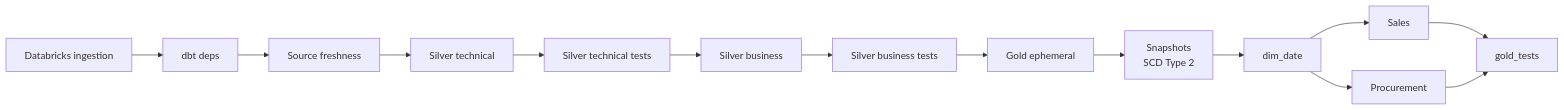
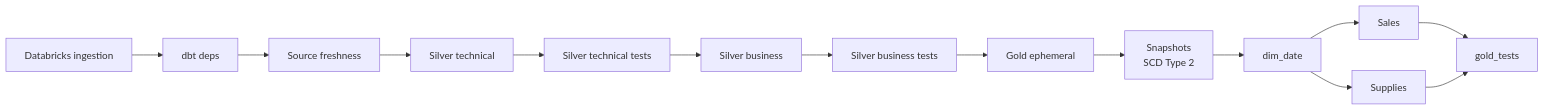
One commit to MoTahaAboHeiba/retail-lakehouse-pipeline changed the diagram in airflow/README.md. Above: the diagram before and after it, drawn with Mermaid. The commit also changed other lines of this file, not shown here.

Commit message:
Update README to reflect 'Supplies' instead of 'Procurement'

````diff
--- a/airflow/README.md
+++ b/airflow/README.md
@@ -16,11 +16,11 @@
 ```mermaid
 flowchart LR
     ing[Databricks ingestion] --> deps[dbt deps] --> fresh[Source freshness]
     fresh --> st[Silver technical] --> stt[Silver technical tests]
     stt --> sb[Silver business] --> sbt[Silver business tests]
     sbt --> eph[Gold ephemeral] --> snap["Snapshots\nSCD Type 2"] --> dd[dim_date]
     dd --> sales[Sales]
-    dd --> proc[Procurement]
+    dd --> proc[Supplies]
     sales --> gt[gold_tests]
     proc --> gt
 ```
````
